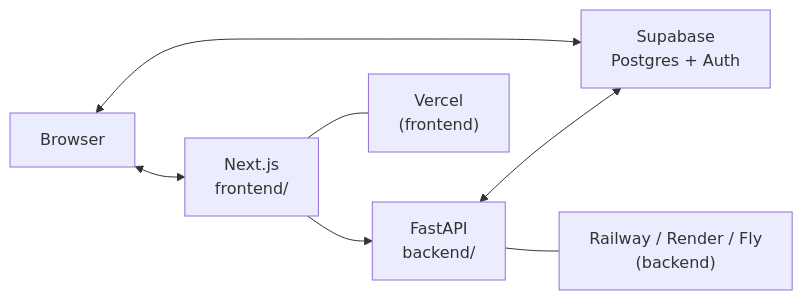
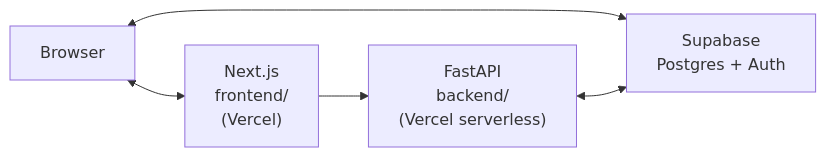
One commit to dileeparsl/budgetlens changed the diagram in docs/architecture.md. Above: the diagram before and after it, drawn with Mermaid. The commit also changed other lines of this file and 8 other files, not shown here.

First line of the commit message:
docs(repo): Update all READMEs and docs with deployed links and current architecture

````diff
--- a/docs/architecture.md
+++ b/docs/architecture.md
@@ -25,15 +23,11 @@
 ```mermaid
 flowchart LR
   Browser["Browser"]
-  Next["Next.js\nfrontend/"]
-  API["FastAPI\nbackend/"]
+  Next["Next.js\nfrontend/\n(Vercel)"]
+  API["FastAPI\nbackend/\n(Vercel serverless)"]
   Supa["Supabase\nPostgres + Auth"]
-  Vercel["Vercel\n(frontend)"]
-  ApiHost["Railway / Render / Fly\n(backend)"]
   Browser <--> Next
   Browser <--> Supa
   Next --> API
   API <--> Supa
-  Next --- Vercel
-  API --- ApiHost
 ```
````
